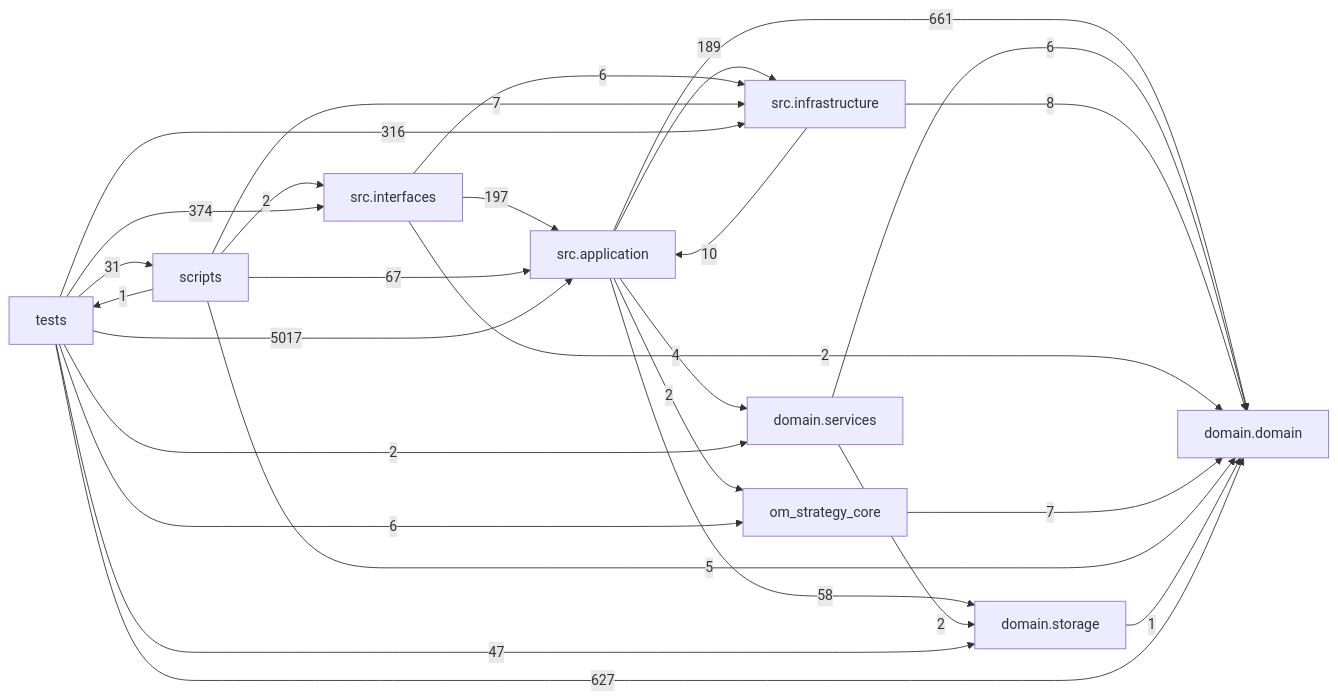
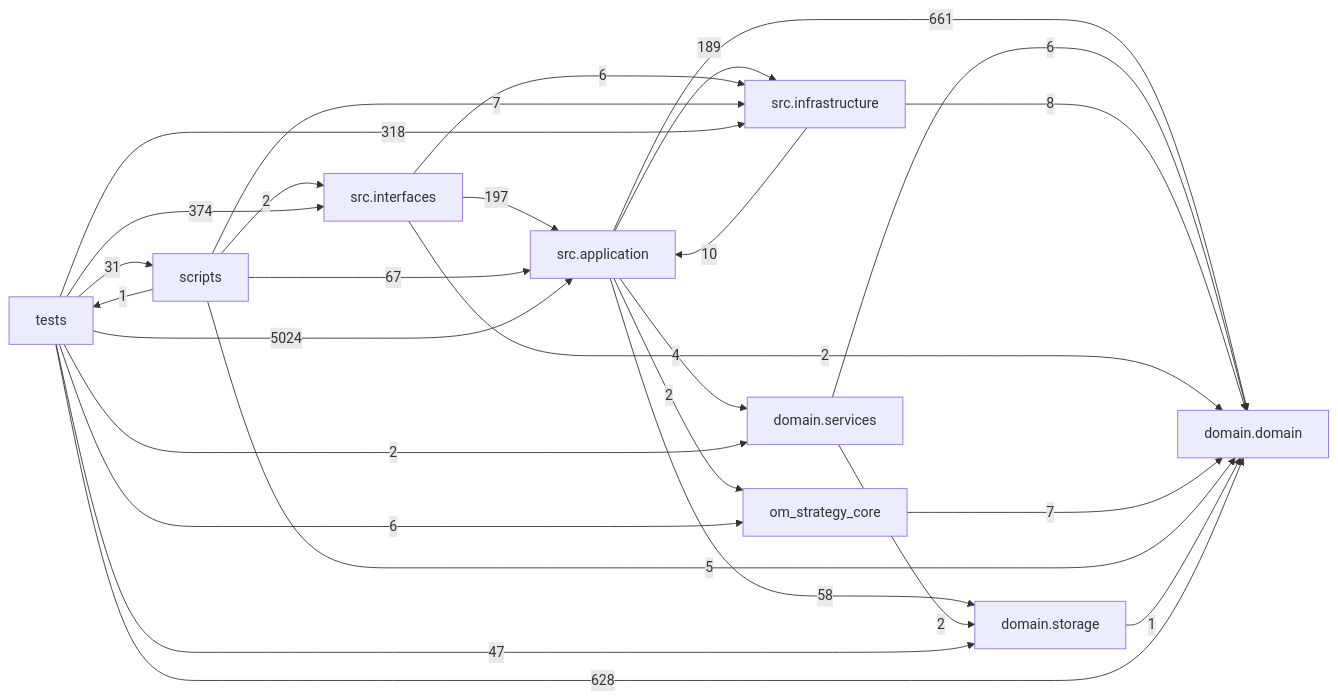
The diagram in docs/DEPENDENCY_GRAPH.md (liuxie066/options-monitor), drawn with Mermaid before and after one commit. The commit also changed other lines of this file and 4 other files, not shown here.

````diff
--- a/docs/DEPENDENCY_GRAPH.md
+++ b/docs/DEPENDENCY_GRAPH.md
@@ -24,38 +24,38 @@
 ```mermaid
 flowchart LR
   tests["tests"]
   scripts["scripts"]
   interfaces["src.interfaces"]
   application["src.application"]
   infrastructure["src.infrastructure"]
   domain_services["domain.services"]
   domain["domain.domain"]
   storage["domain.storage"]
   application -->|661| domain
   application -->|4| domain_services
   application -->|189| infrastructure
   application -->|2| om_strategy_core
   application -->|58| storage
   domain_services -->|6| domain
   domain_services -->|2| storage
   infrastructure -->|10| application
   infrastructure -->|8| domain
   interfaces -->|197| application
   interfaces -->|2| domain
   interfaces -->|6| infrastructure
   om_strategy_core -->|7| domain
   scripts -->|67| application
   scripts -->|5| domain
   scripts -->|7| infrastructure
   scripts -->|2| interfaces
   scripts -->|1| tests
   storage -->|1| domain
-  tests -->|5017| application
-  tests -->|627| domain
+  tests -->|5024| application
+  tests -->|628| domain
   tests -->|2| domain_services
-  tests -->|316| infrastructure
+  tests -->|318| infrastructure
   tests -->|374| interfaces
   tests -->|6| om_strategy_core
   tests -->|31| scripts
   tests -->|47| storage
 ```
````
